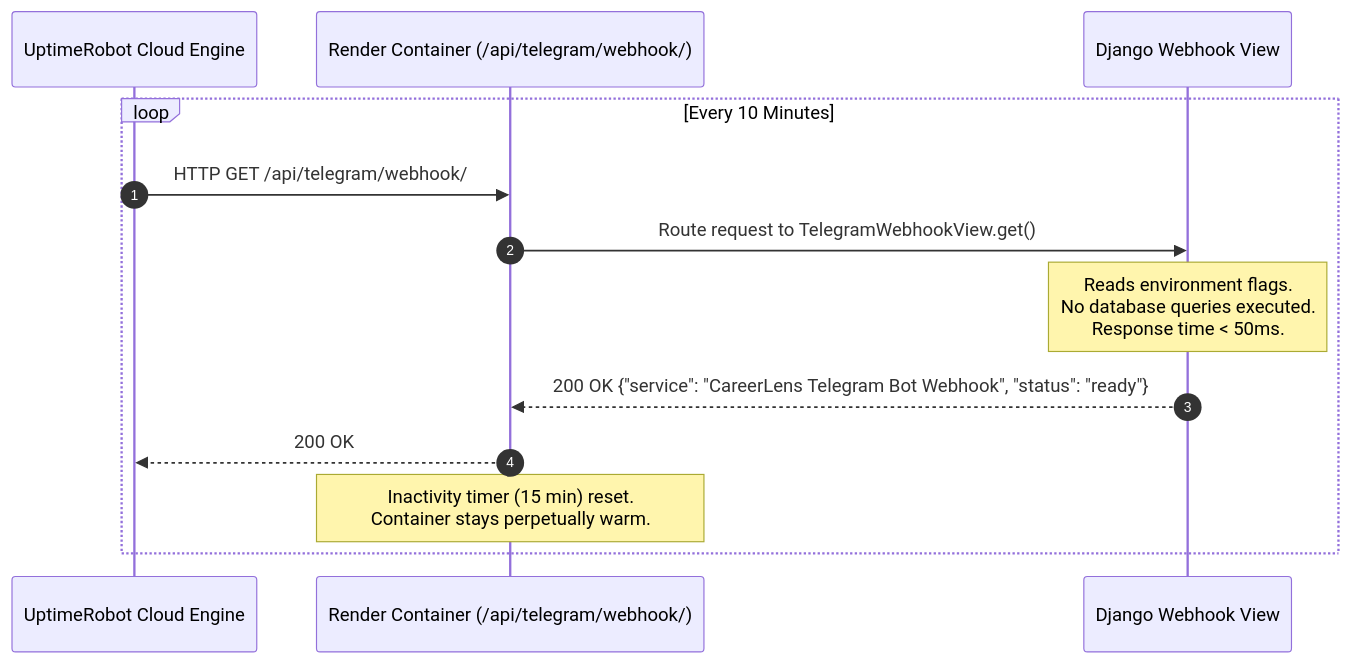
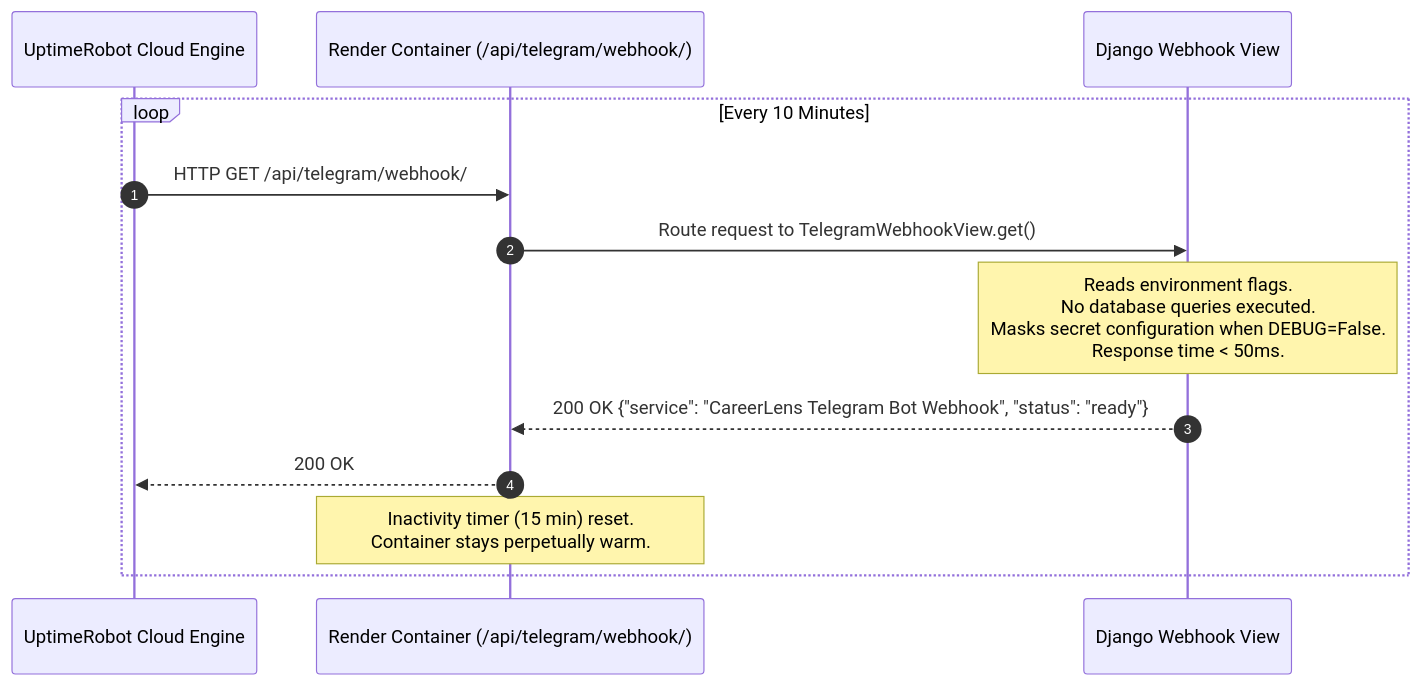
The eighth of 11 diagrams in docs/SYSTEM_FLOWS.md (Laykimhoung/careerlens), drawn with Mermaid before and after one commit. The commit also changed other lines of this file and 8 other files, not shown here.

````diff
--- a/docs/SYSTEM_FLOWS.md
+++ b/docs/SYSTEM_FLOWS.md
@@ -282,16 +288,16 @@
 ```mermaid
 sequenceDiagram
     autonumber
     participant Uptime as UptimeRobot Cloud Engine
     participant Render as Render Container (/api/telegram/webhook/)
     participant Django as Django Webhook View
 
     loop Every 10 Minutes
         Uptime->>Render: HTTP GET /api/telegram/webhook/
         Render->>Django: Route request to TelegramWebhookView.get()
-        Note over Django: Reads environment flags.<br>No database queries executed.<br>Response time < 50ms.
+        Note over Django: Reads environment flags.<br>No database queries executed.<br>Masks secret configuration when DEBUG=False.<br>Response time < 50ms.
         Django-->>Render: 200 OK {"service": "CareerLens Telegram Bot Webhook", "status": "ready"}
         Render-->>Uptime: 200 OK
         Note over Render: Inactivity timer (15 min) reset.<br>Container stays perpetually warm.
     end
 ```
````
